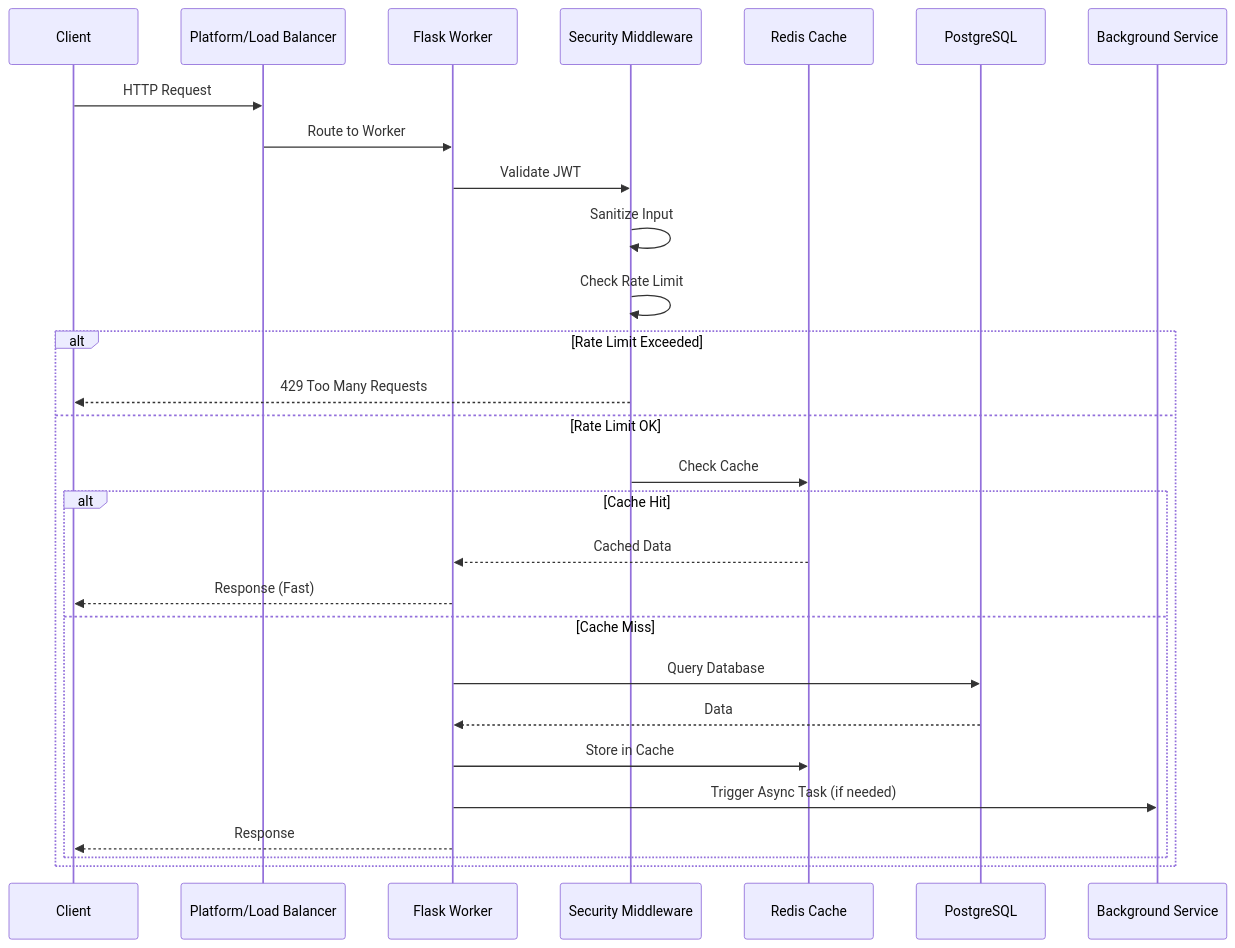
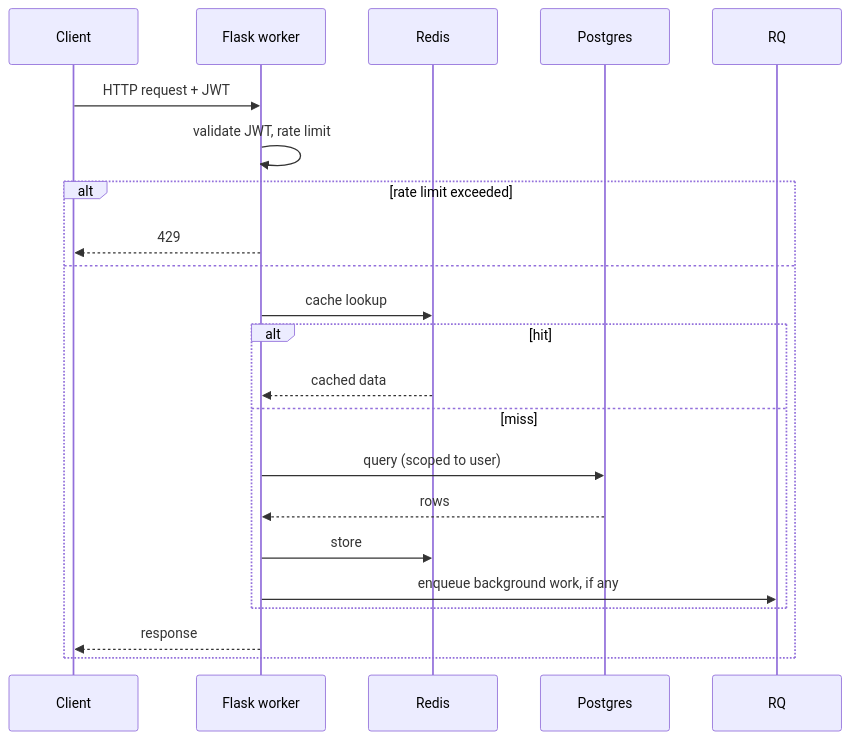
Before and after one commit to Ujjwaljain16/Fuze: the sixth of 6 diagrams in docs/ARCHITECTURE.md, drawn with Mermaid. The commit also changed other lines of this file and 12 other files, not shown here.

Commit message:
docs: rewrite architecture, optimizations and user flows to match the code; replace the finished intent-engine plan with a recommendations guide and one decision record

````diff
--- a/docs/ARCHITECTURE.md
+++ b/docs/ARCHITECTURE.md
@@ -1077,32 +319,25 @@
 ```mermaid
 sequenceDiagram
-    participant Client
-    participant LB as Platform/Load Balancer
-    participant Worker as Flask Worker
-    participant Middleware as Security Middleware
-    participant Cache as Redis Cache
-    participant DB as PostgreSQL
-    participant Background as Background Service
-    
-    Client->>LB: HTTP Request
-    LB->>Worker: Route to Worker
-    Worker->>Middleware: Validate JWT
-    Middleware->>Middleware: Sanitize Input
-    Middleware->>Middleware: Check Rate Limit
-    
-    alt Rate Limit Exceeded
-        Middleware-->>Client: 429 Too Many Requests
-    else Rate Limit OK
-        Middleware->>Cache: Check Cache
-        alt Cache Hit
-            Cache-->>Worker: Cached Data
-            Worker-->>Client: Response (Fast)
-        else Cache Miss
-            Worker->>DB: Query Database
-            DB-->>Worker: Data
-            Worker->>Cache: Store in Cache
-            Worker->>Background: Trigger Async Task (if needed)
-            Worker-->>Client: Response
+    participant C as Client
+    participant W as Flask worker
+    participant R as Redis
+    participant D as Postgres
+    participant Q as RQ
+
+    C->>W: HTTP request + JWT
+    W->>W: validate JWT, rate limit
+    alt rate limit exceeded
+        W-->>C: 429
+    else
+        W->>R: cache lookup
+        alt hit
+            R-->>W: cached data
+        else miss
+            W->>D: query (scoped to user)
+            D-->>W: rows
+            W->>R: store
+            W->>Q: enqueue background work, if any
         end
+        W-->>C: response
     end
 ```
````
